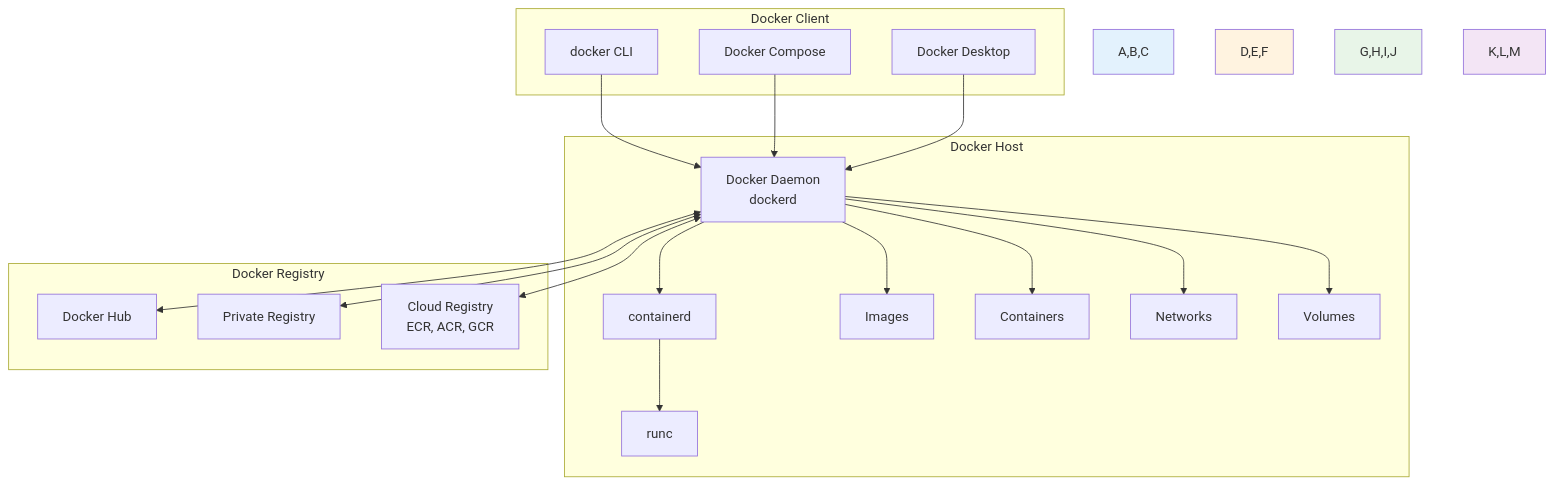
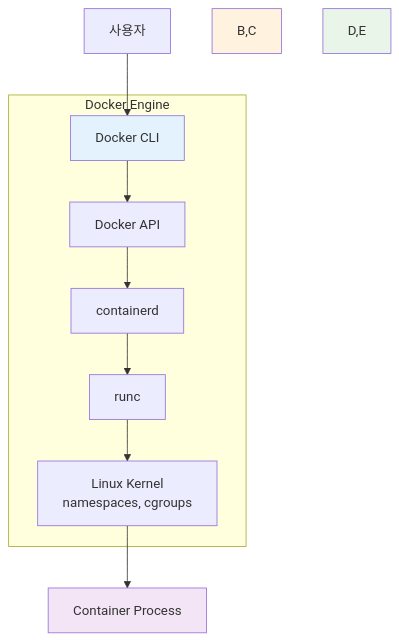
One commit to niceguy61/kdt_devops_lecture_2025 changed the first of 3 diagrams in theory/week_01/day2/session_3.md. Above: the diagram before and after it, drawn with Mermaid. The commit also changed other lines of this file and 26 other files, not shown here.

````diff
--- a/theory/week_01/day2/session_3.md
+++ b/theory/week_01/day2/session_3.md
@@ -52,46 +44,17 @@
 ```mermaid
 graph TB
-    subgraph "Docker Client"
-        A[docker CLI]
-        B[Docker Compose]
-        C[Docker Desktop]
+    subgraph "Docker Engine"
+        A[Docker CLI] --> B[Docker API]
+        B --> C[containerd]
+        C --> D[runc]
+        D --> E[Linux Kernel<br/>namespaces, cgroups]
     end
     
-    subgraph "Docker Host"
-        D[Docker Daemon<br/>dockerd]
-        E[containerd]
-        F[runc]
-        
-        G[Images]
-        H[Containers]
-        I[Networks]
-        J[Volumes]
-    end
+    F[사용자] --> A
+    E --> G[Container Process]
     
-    subgraph "Docker Registry"
-        K[Docker Hub]
-        L[Private Registry]
-        M[Cloud Registry<br/>ECR, ACR, GCR]
-    end
-    
-    A --> D
-    B --> D
-    C --> D
-    
-    D --> E
-    E --> F
-    
-    D --> G
-    D --> H
-    D --> I
-    D --> J
-    
-    D <--> K
-    D <--> L
-    D <--> M
-    
-    style A,B,C fill:#e3f2fd
-    style D,E,F fill:#fff3e0
-    style G,H,I,J fill:#e8f5e8
-    style K,L,M fill:#f3e5f5
+    style A fill:#e3f2fd
+    style B,C fill:#fff3e0
+    style D,E fill:#e8f5e8
+    style G fill:#f3e5f5
 ```
````
